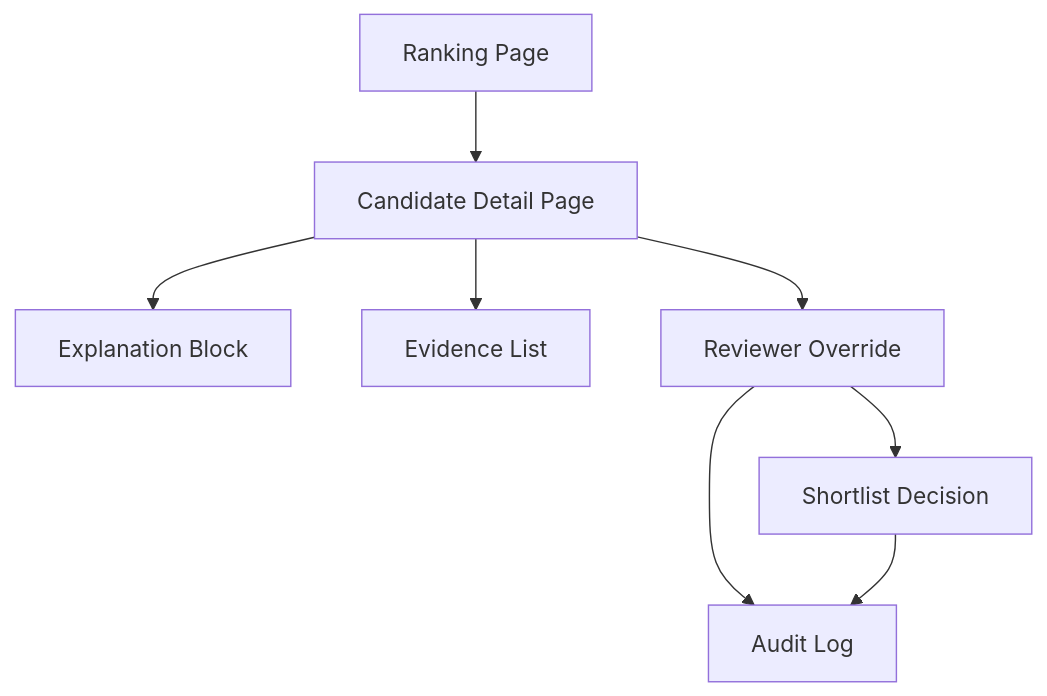
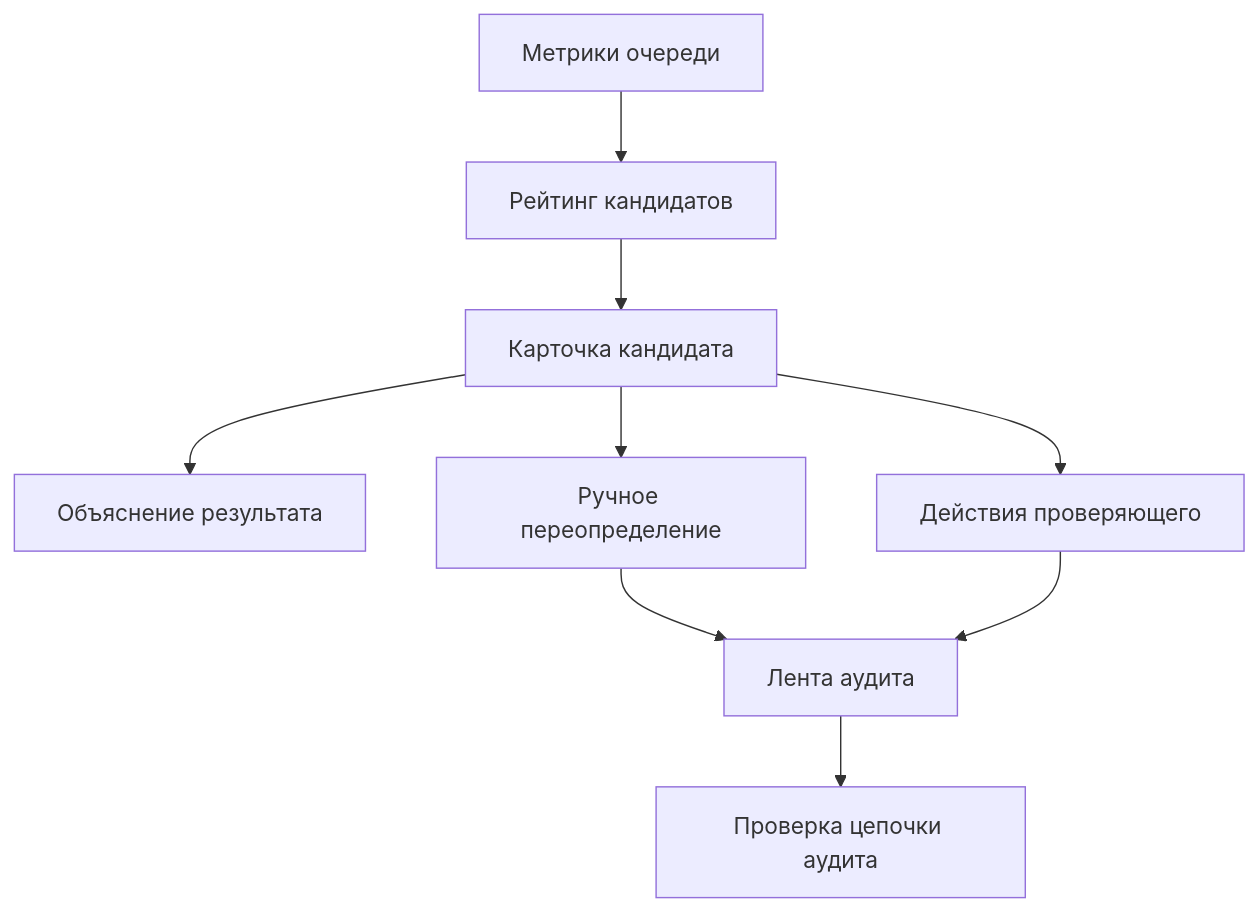
One commit to alenisaw/invision_u_Vi-Ka changed the second of 2 diagrams in docs/rus/API.md. Above: the diagram before and after it, drawn with Mermaid. The commit also changed other lines of this file and 101 other files, not shown here.

First line of the commit message:
feat(pipeline): introduce Redis-backed async processing and remove legacy sync flow

````diff
--- a/docs/rus/API.md
+++ b/docs/rus/API.md
@@ -243,18 +339,20 @@
 ```mermaid
 flowchart TD
-    Ranking["Ranking Page"]
-    Detail["Candidate Detail Page"]
-    Explanation["Explanation Block"]
-    Evidence["Evidence List"]
-    Override["Reviewer Override"]
-    Shortlist["Shortlist Decision"]
-    Audit["Audit Log"]
+    Queue["Метрики очереди"]
+    Ranking["Рейтинг кандидатов"]
+    Detail["Карточка кандидата"]
+    Explain["Объяснение результата"]
+    Override["Ручное переопределение"]
+    Actions["Действия проверяющего"]
+    Audit["Лента аудита"]
+    Verify["Проверка цепочки аудита"]
 
+    Queue --> Ranking
     Ranking --> Detail
-    Detail --> Explanation
-    Detail --> Evidence
+    Detail --> Explain
     Detail --> Override
-    Override --> Shortlist
+    Detail --> Actions
     Override --> Audit
-    Shortlist --> Audit
+    Actions --> Audit
+    Audit --> Verify
 ```
````
